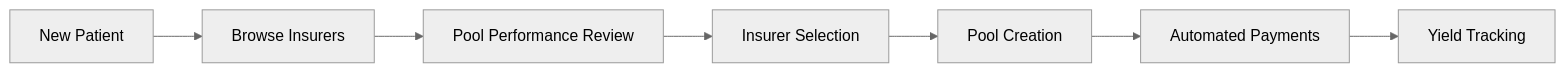
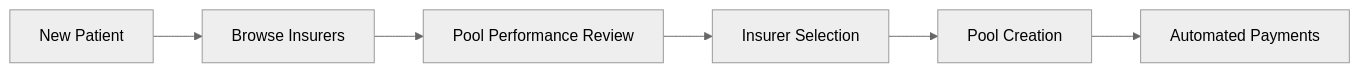
The third of 11 diagrams in memory-bank/systemPatterns.md (ppezzull/zkMed), drawn with Mermaid (neutral theme) before and after one commit. The commit also changed other lines of this file and 185 other files, not shown here.

````diff
--- a/memory-bank/systemPatterns.md
+++ b/memory-bank/systemPatterns.md
@@ -74,9 +63,8 @@
 ```mermaid
 graph LR
     A[New Patient] --> B[Browse Insurers]
     B --> C[Pool Performance Review]
     C --> D[Insurer Selection]
     D --> E[Pool Creation]
     E --> F[Automated Payments]
-    F --> G[Yield Tracking]
 ```
````
